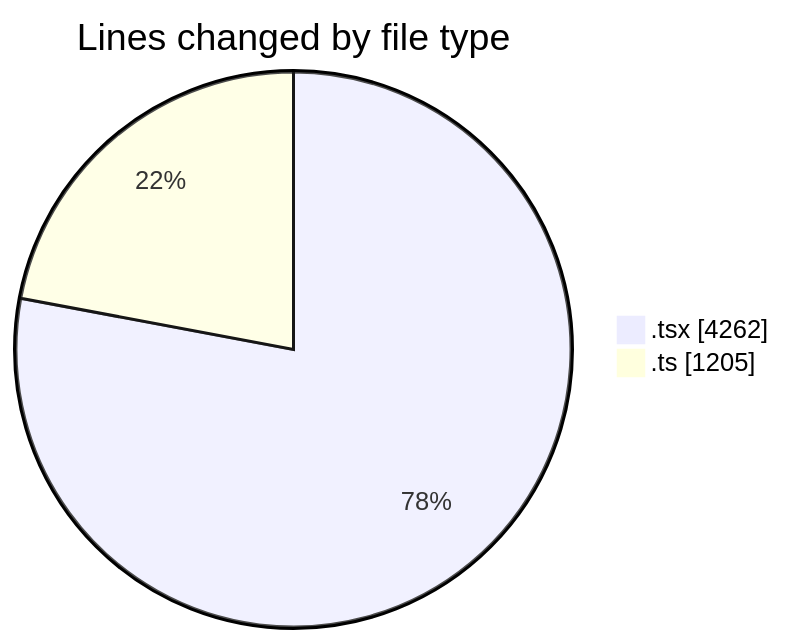
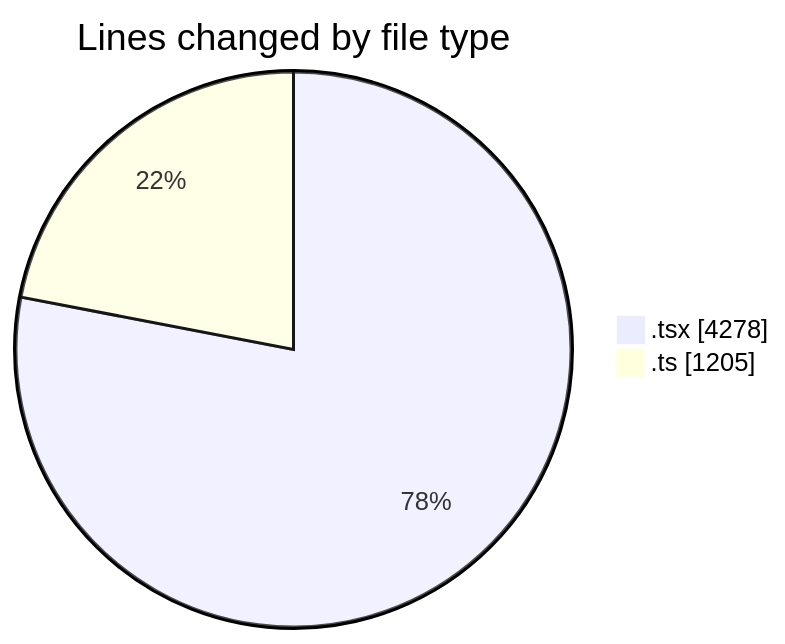
The first of 2 diagrams in 2026-02-18/nxtqube_webapp/README.md (nxtqubesakshisongat/code-tracking), drawn with Mermaid before and after one commit. The commit also changed other lines of this file and 1 other file, not shown here.

````diff
--- a/2026-02-18/nxtqube_webapp/README.md
+++ b/2026-02-18/nxtqube_webapp/README.md
@@ -29,6 +29,6 @@
 ```mermaid
 pie showData
 title Lines changed by file type
-".tsx" : 4262
+".tsx" : 4278
 ".ts" : 1205
 ```
````
